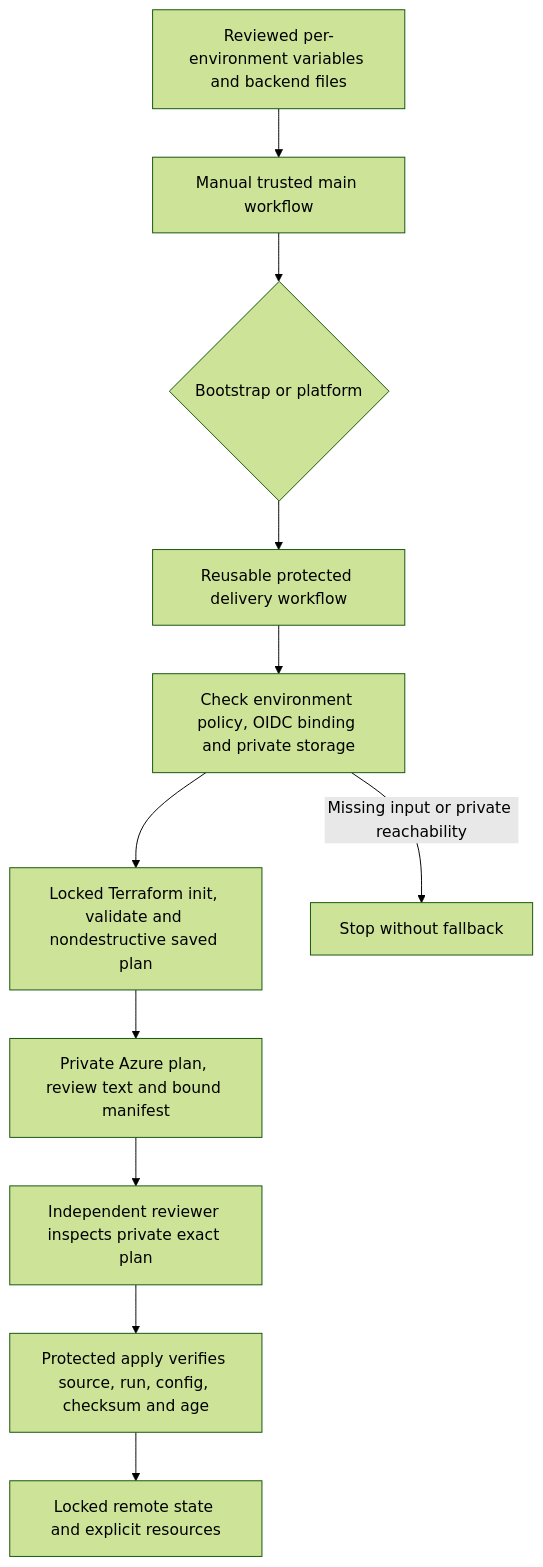
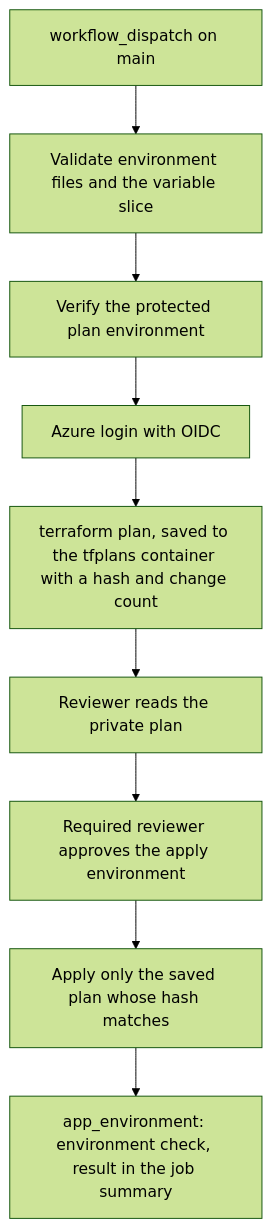
Before and after one commit to marvinbuss/caller-ai: the diagram in docs/runbooks/terraform-delivery.md, drawn with Mermaid (forest theme). The commit also changed other lines of this file and 207 other files, not shown here.

First line of the commit message:
feat(004): implement environment tooling, Terraform roots and modules, workflows and docs

````diff
--- a/docs/runbooks/terraform-delivery.md
+++ b/docs/runbooks/terraform-delivery.md
@@ -131,13 +20,11 @@
 ```mermaid
 flowchart TD
-    Inputs[Reviewed per-environment variables and backend files] --> Dispatch[Manual trusted main workflow]
-    Dispatch --> Select{Bootstrap or platform}
-    Select --> Shared[Reusable protected delivery workflow]
-    Shared --> Guard[Check environment policy, OIDC binding and private storage]
-    Guard --> Plan[Locked Terraform init, validate and nondestructive saved plan]
-    Plan --> Store[Private Azure plan, review text and bound manifest]
-    Store --> Review[Independent reviewer inspects private exact plan]
-    Review --> Apply[Protected apply verifies source, run, config, checksum and age]
-    Apply --> State[Locked remote state and explicit resources]
-    Guard -->|Missing input or private reachability|Stop[Stop without fallback]
+    Start["workflow_dispatch on main"] --> Check["Validate environment files and the variable slice"]
+    Check --> Guard["Verify the protected plan environment"]
+    Guard --> Login["Azure login with OIDC"]
+    Login --> Plan["terraform plan, saved to the tfplans container with a hash and change count"]
+    Plan --> Review["Reviewer reads the private plan"]
+    Review --> Approve["Required reviewer approves the apply environment"]
+    Approve --> Apply["Apply only the saved plan whose hash matches"]
+    Apply --> Verify["app_environment: environment check, result in the job summary"]
 ```
````
